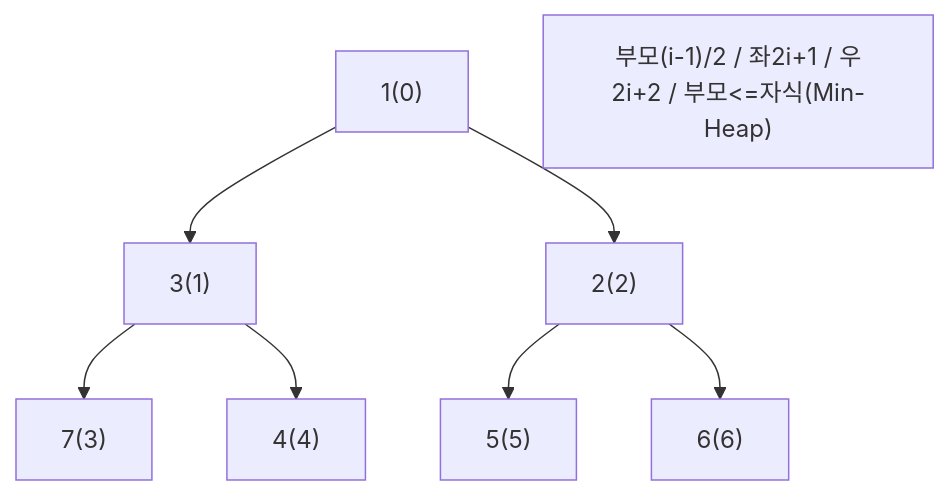
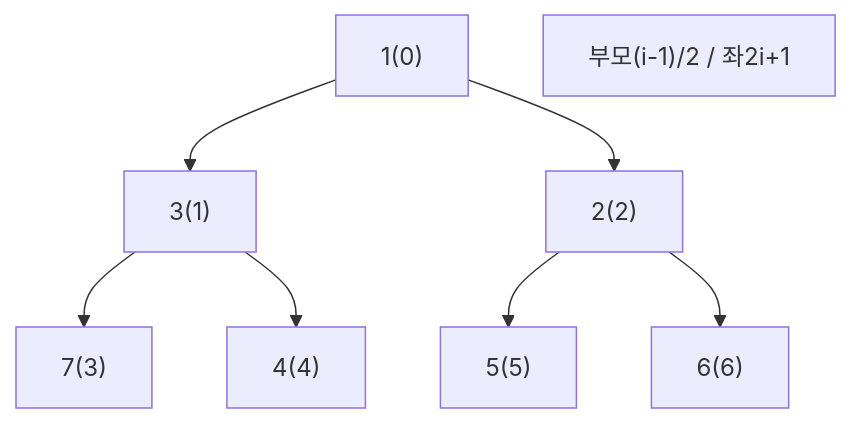
One commit to yjkim2015/yjkim2015.github.io changed diagram 17 of 21 in _posts/java/2026-05-01-java-collections.md. Above: the diagram before and after it, drawn with Mermaid. The commit also changed other lines of this file and 271 other files, not shown here.

First line of the commit message:
Mermaid 라벨 축소: 긴 노드 텍스트 18자 이하로 트림 + \n 제거

````diff
--- a/_posts/java/2026-05-01-java-collections.md
+++ b/_posts/java/2026-05-01-java-collections.md
@@ -712,7 +712,7 @@
 ```mermaid
 graph TD
     N1["1(0)"] --> N3["3(1)"] & N2["2(2)"]
     N3 --> N7["7(3)"] & N4["4(4)"]
     N2 --> N5["5(5)"] & N6["6(6)"]
-    RULE["부모(i-1)/2 / 좌2i+1 / 우2i+2 / 부모<=자식(Min-Heap)"]
+    RULE["부모(i-1)/2 / 좌2i+1"]
 ```
````
